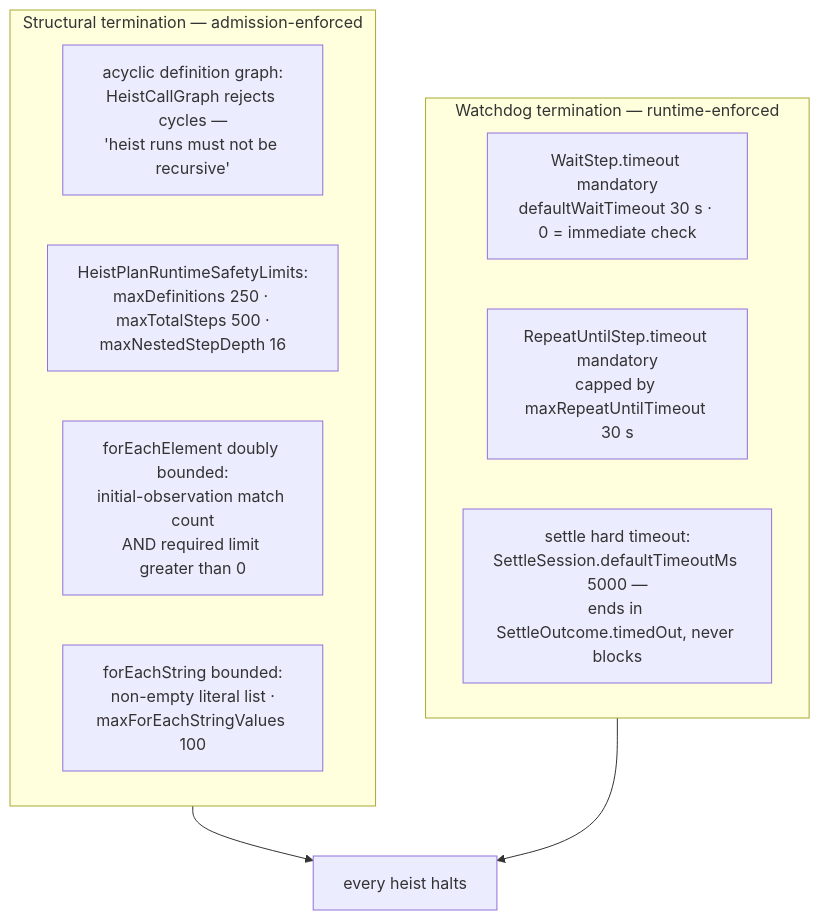
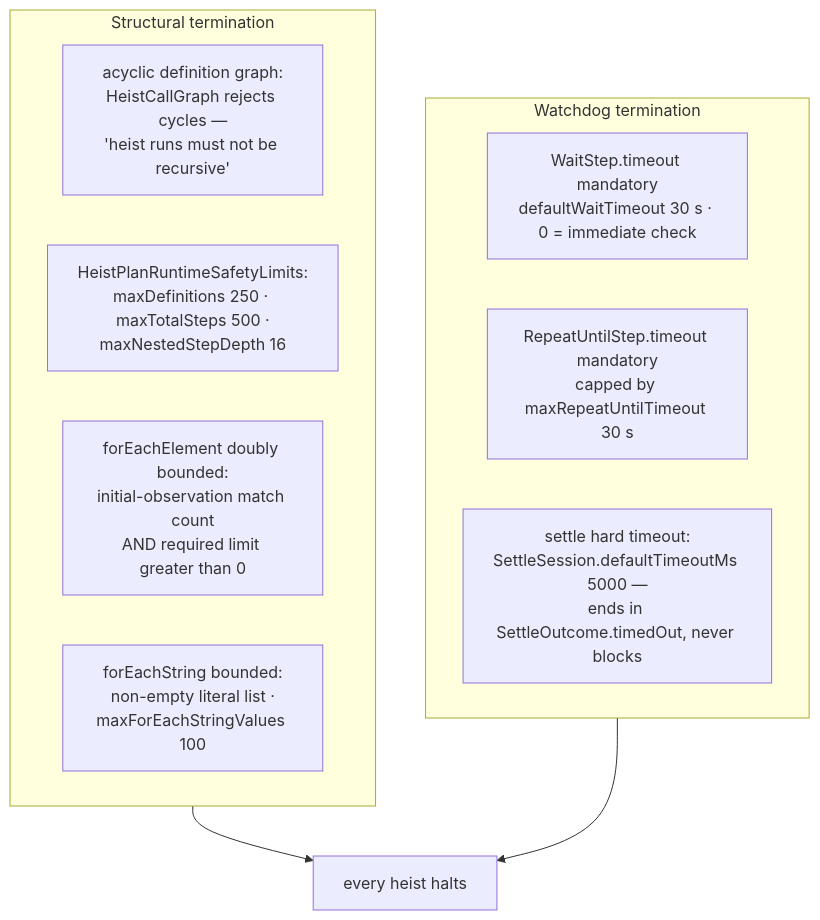
Before and after one commit to RoyalPineapple/TheButtonHeist: the diagram in docs/diagrams/totality.md, drawn with Mermaid. The commit also changed other lines of this file and 5 other files, not shown here.

First line of the commit message:
Polish diagram layouts after visual render review

````diff
--- a/docs/diagrams/totality.md
+++ b/docs/diagrams/totality.md
@@ -8,20 +8,20 @@
 ```mermaid
 flowchart TD
     HALT["every heist halts"]
 
-    subgraph structural["Structural termination — admission-enforced"]
+    subgraph structural["Structural termination"]
         ACYCLIC["acyclic definition graph:<br/>HeistCallGraph rejects cycles —<br/>'heist runs must not be recursive'"]
         LIMITS["HeistPlanRuntimeSafetyLimits:<br/>maxDefinitions 250 · maxTotalSteps 500 ·<br/>maxNestedStepDepth 16"]
         FOREACH["forEachElement doubly bounded:<br/>initial-observation match count<br/>AND required limit greater than 0"]
         FORSTR["forEachString bounded:<br/>non-empty literal list ·<br/>maxForEachStringValues 100"]
     end
 
-    subgraph watchdog["Watchdog termination — runtime-enforced"]
+    subgraph watchdog["Watchdog termination"]
         WAITT["WaitStep.timeout mandatory<br/>defaultWaitTimeout 30 s · 0 = immediate check"]
         REPEATT["RepeatUntilStep.timeout mandatory<br/>capped by maxRepeatUntilTimeout 30 s"]
         SETTLET["settle hard timeout:<br/>SettleSession.defaultTimeoutMs 5000 —<br/>ends in SettleOutcome.timedOut, never blocks"]
     end
 
     structural --> HALT
     watchdog --> HALT
 ```
````
